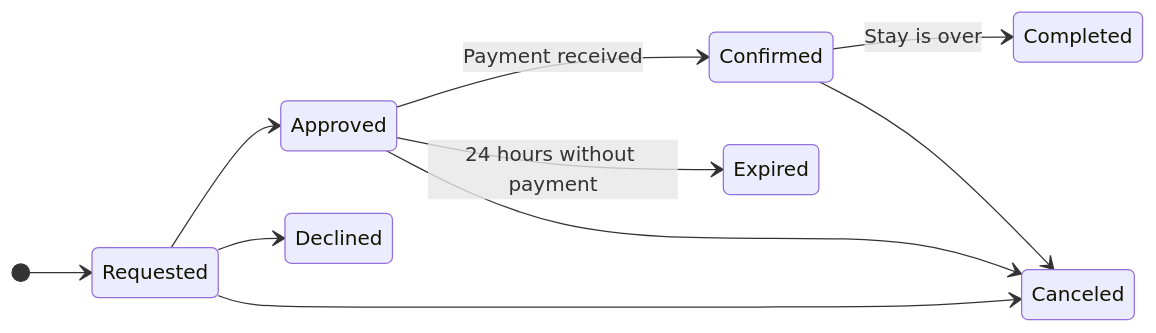
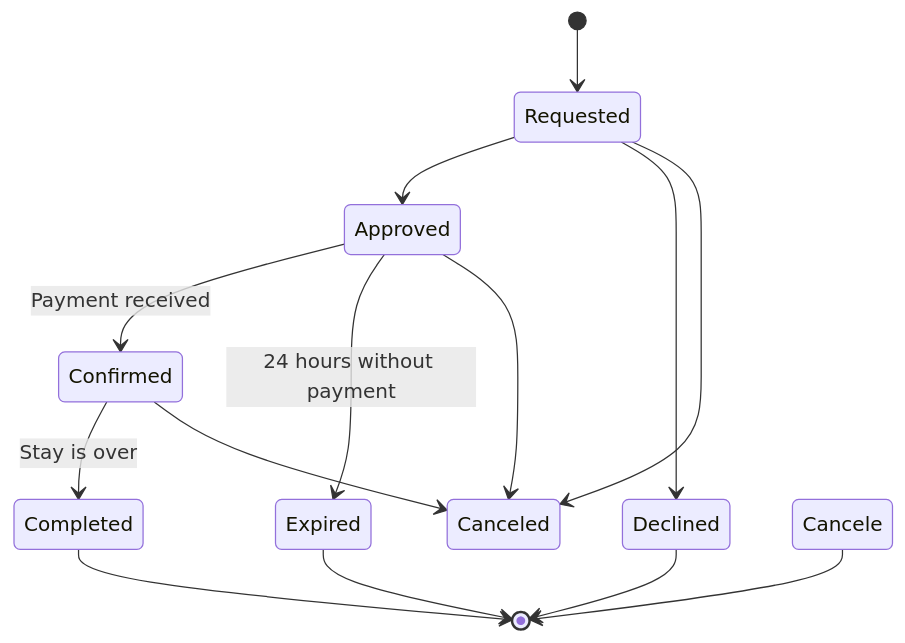
The second of 2 diagrams in docs/DATA.md (EmmaAtom00/homebase), drawn with Mermaid before and after one commit. The commit also changed other lines of this file and 42 other files, not shown here.

````diff
--- a/docs/DATA.md
+++ b/docs/DATA.md
@@ -62,17 +64,22 @@
 ```mermaid
-stateDiagram
-    direction LR
+stateDiagram-v2
+    direction TB
 
     [*] --> Requested
 
     Requested --> Approved
     Requested --> Declined
     Requested --> Canceled
 
     Approved --> Confirmed: Payment received
     Approved --> Expired: 24 hours without payment
     Approved --> Canceled
 
     Confirmed --> Completed: Stay is over
     Confirmed --> Canceled
+
+    Completed   --> [*]
+    Declined    --> [*]
+    Expired     --> [*]
+    Cancele     --> [*]
 ```
````
